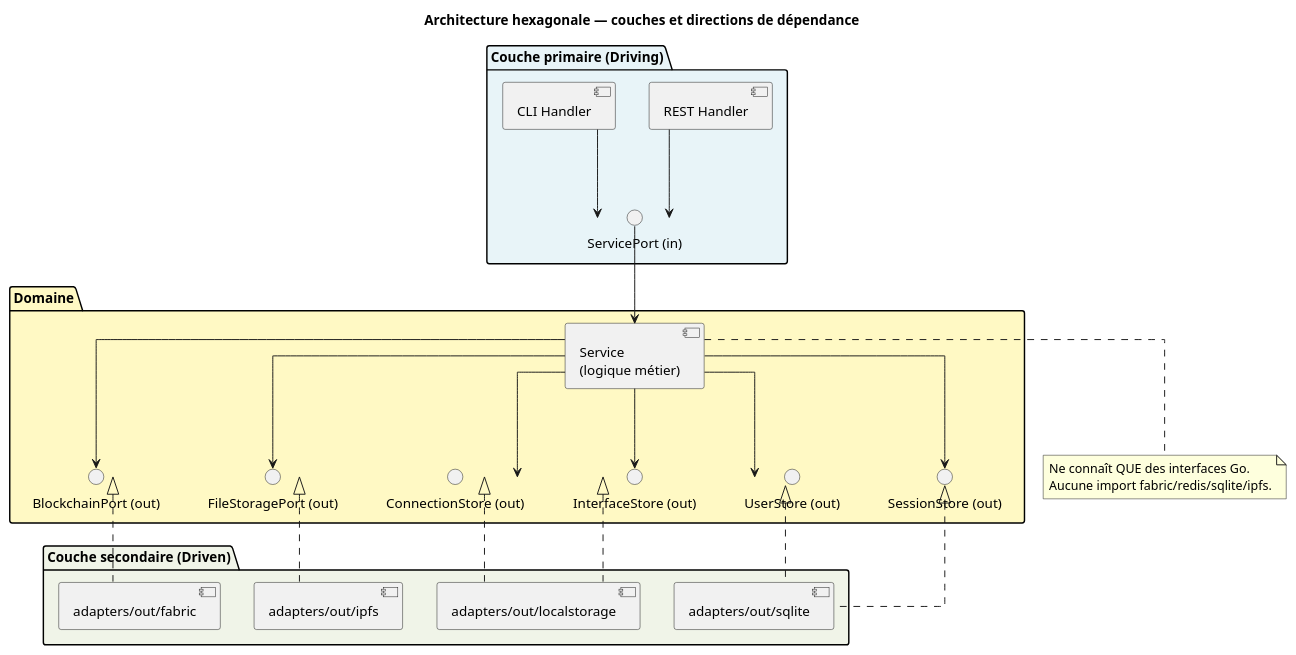
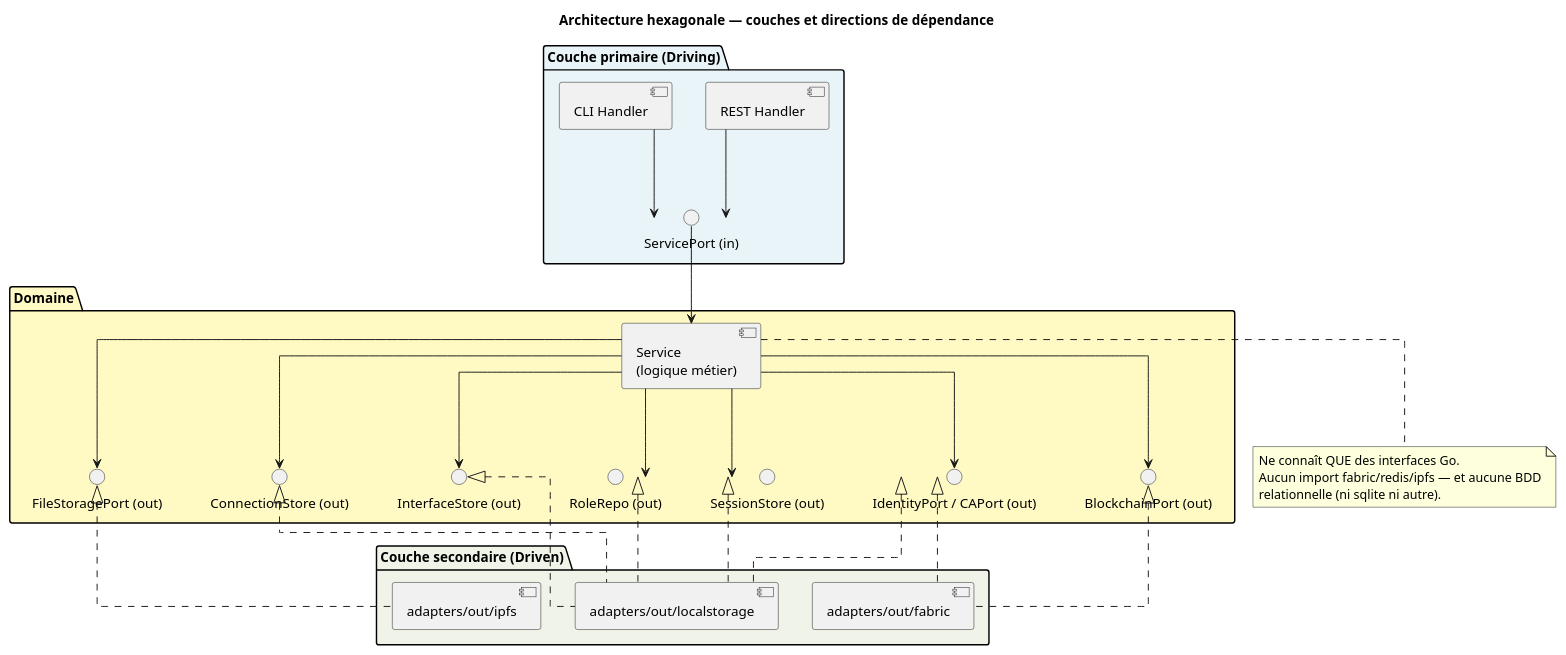
The second of 2 diagrams in specs/3-Conception/Conception_intro.md (olivaux/myr), drawn with PlantUML before and after one commit. The commit also changed other lines of this file and 17 other files, not shown here.

````diff
--- a/specs/3-Conception/Conception_intro.md
+++ b/specs/3-Conception/Conception_intro.md
@@ -149,54 +149,58 @@
 ```plantuml
 @startuml
 title Architecture hexagonale — couches et directions de dépendance
 
 skinparam linetype ortho
 
 package "Couche primaire (Driving)" #e8f4f8 {
   interface "ServicePort (in)" as PortIn
   [REST Handler] as RestH
   [CLI Handler] as CliH
 }
 
 package "Domaine" #fff9c4 {
   [Service\n(logique métier)] as Svc
   interface "BlockchainPort (out)" as PortBC
   interface "FileStoragePort (out)" as PortFS
   interface "ConnectionStore (out)" as PortConn
   interface "InterfaceStore (out)" as PortIface
-  interface "UserStore (out)" as PortUser
+  interface "IdentityPort / CAPort (out)" as PortIdentity
+  interface "RoleRepo (out)" as PortRole
   interface "SessionStore (out)" as PortSession
 }
 
 package "Couche secondaire (Driven)" #f0f4e8 {
   [adapters/out/fabric] as AdFabric
   [adapters/out/ipfs] as AdIPFS
   [adapters/out/localstorage] as AdLocal
-  [adapters/out/sqlite] as AdSQLite
 }
 
 RestH --> PortIn
 CliH --> PortIn
 PortIn --> Svc
 
 Svc --> PortBC
 Svc --> PortFS
 Svc --> PortConn
 Svc --> PortIface
-Svc --> PortUser
+Svc --> PortIdentity
+Svc --> PortRole
 Svc --> PortSession
 
 PortBC <|.. AdFabric
 PortFS <|.. AdIPFS
 PortConn <|.. AdLocal
 PortIface <|.. AdLocal
-PortUser <|.. AdSQLite
-PortSession <|.. AdSQLite
+PortIdentity <|.. AdFabric
+PortIdentity <|.. AdLocal
+PortRole <|.. AdLocal
+PortSession <|.. AdLocal
 
 note bottom of Svc
   Ne connaît QUE des interfaces Go.
-  Aucune import fabric/redis/sqlite/ipfs.
+  Aucun import fabric/redis/ipfs — et aucune BDD
+  relationnelle (ni sqlite ni autre).
 end note
 
 @enduml
 ```
````
